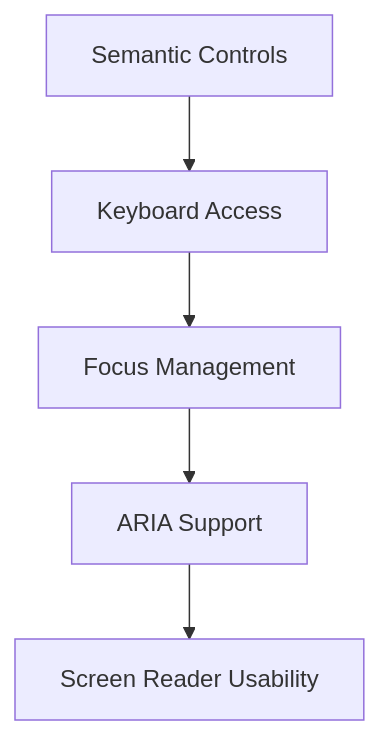
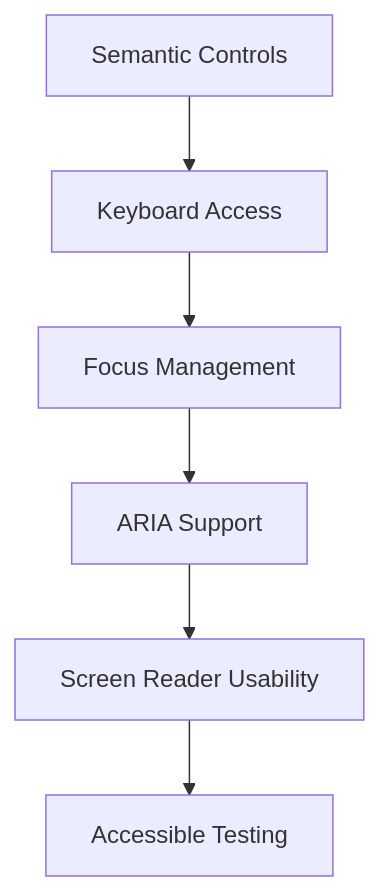
One commit to kaushalkumar8459/CodingTerminal-Tutorial-Notes changed the diagram in tutorial-platform/public/tutorials/react/day-067-accessibility-in-react.md. Above: the diagram before and after it, drawn with Mermaid. The commit also changed other lines of this file, not shown here.

````diff
--- a/tutorial-platform/public/tutorials/react/day-067-accessibility-in-react.md
+++ b/tutorial-platform/public/tutorials/react/day-067-accessibility-in-react.md
@@ -179,7 +250,8 @@
 ```mermaid
 flowchart TD
 		A[Semantic Controls] --> B[Keyboard Access]
 		B --> C[Focus Management]
 		C --> D[ARIA Support]
 		D --> E[Screen Reader Usability]
+		E --> F[Accessible Testing]
 ```
````
